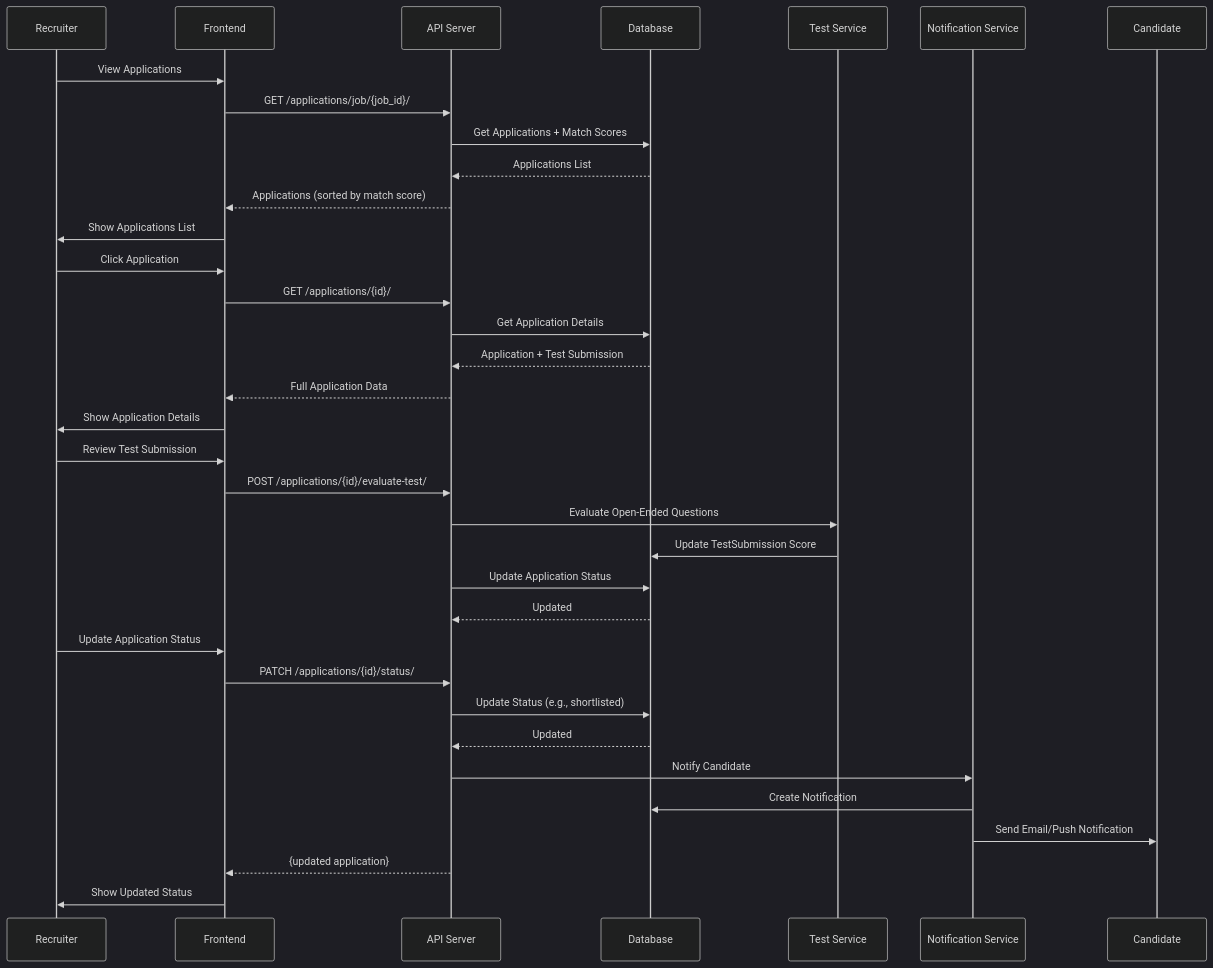
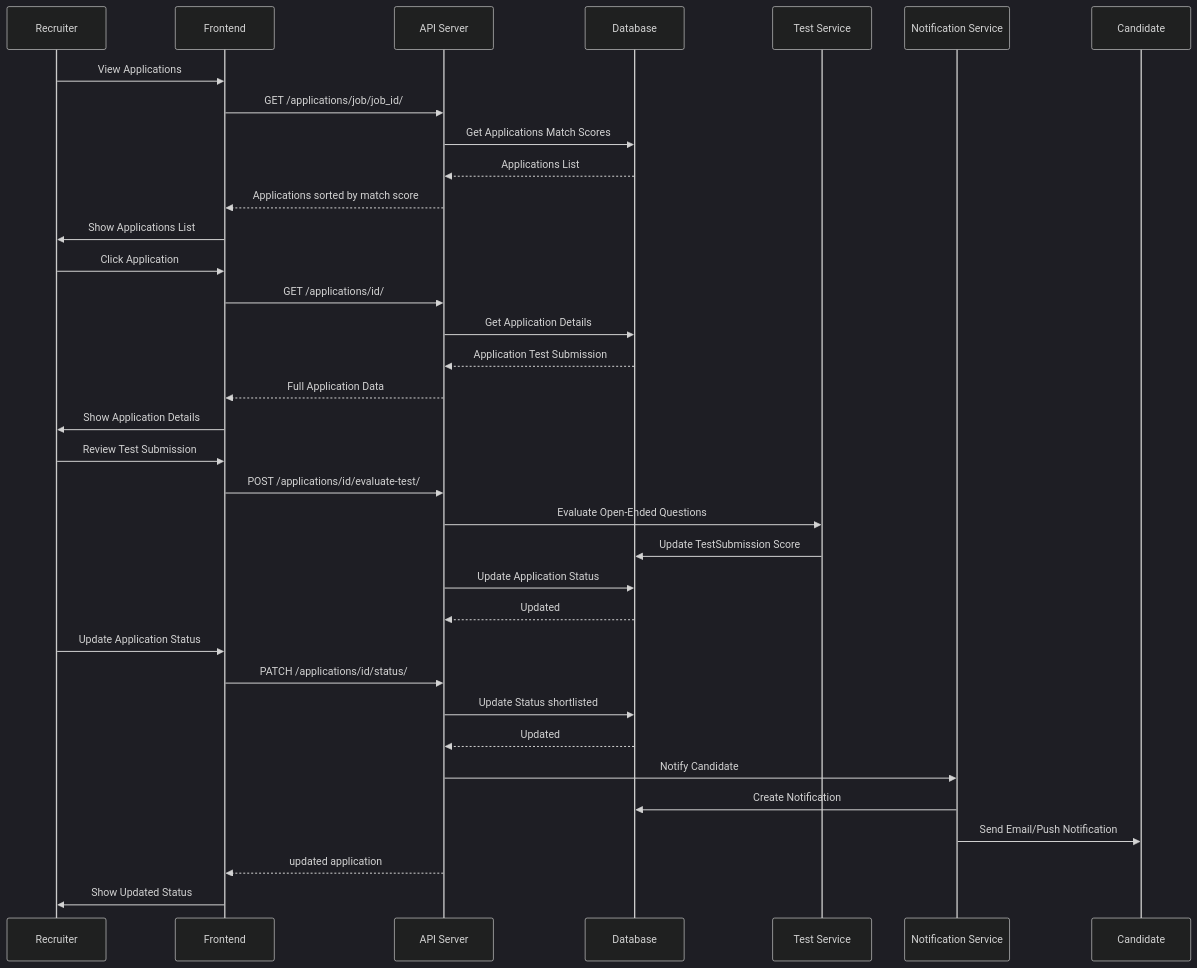
Before and after one commit to adil77672/recruitment-platform-docs: the sixth of 17 diagrams in SYSTEM_DOCUMENTATION.md, drawn with Mermaid (dark theme). The commit also changed other lines of this file, not shown here.

````diff
--- a/SYSTEM_DOCUMENTATION.md
+++ b/SYSTEM_DOCUMENTATION.md
@@ -868,42 +868,42 @@
 ```mermaid
 sequenceDiagram
     participant R as Recruiter
     participant F as Frontend
     participant API as API Server
     participant DB as Database
     participant T as Test Service
     participant N as Notification Service
     participant C as Candidate
     
     R->>F: View Applications
-    F->>API: GET /applications/job/{job_id}/
-    API->>DB: Get Applications + Match Scores
+    F->>API: GET /applications/job/job_id/
+    API->>DB: Get Applications Match Scores
     DB-->>API: Applications List
-    API-->>F: Applications (sorted by match score)
+    API-->>F: Applications sorted by match score
     F->>R: Show Applications List
     
     R->>F: Click Application
-    F->>API: GET /applications/{id}/
+    F->>API: GET /applications/id/
     API->>DB: Get Application Details
-    DB-->>API: Application + Test Submission
+    DB-->>API: Application Test Submission
     API-->>F: Full Application Data
     F->>R: Show Application Details
     
     R->>F: Review Test Submission
-    F->>API: POST /applications/{id}/evaluate-test/
+    F->>API: POST /applications/id/evaluate-test/
     API->>T: Evaluate Open-Ended Questions
     T->>DB: Update TestSubmission Score
     API->>DB: Update Application Status
     DB-->>API: Updated
     
     R->>F: Update Application Status
-    F->>API: PATCH /applications/{id}/status/
-    API->>DB: Update Status (e.g., shortlisted)
+    F->>API: PATCH /applications/id/status/
+    API->>DB: Update Status shortlisted
     DB-->>API: Updated
     
     API->>N: Notify Candidate
     N->>DB: Create Notification
     N->>C: Send Email/Push Notification
-    API-->>F: {updated application}
+    API-->>F: updated application
     F->>R: Show Updated Status
 ```
````
